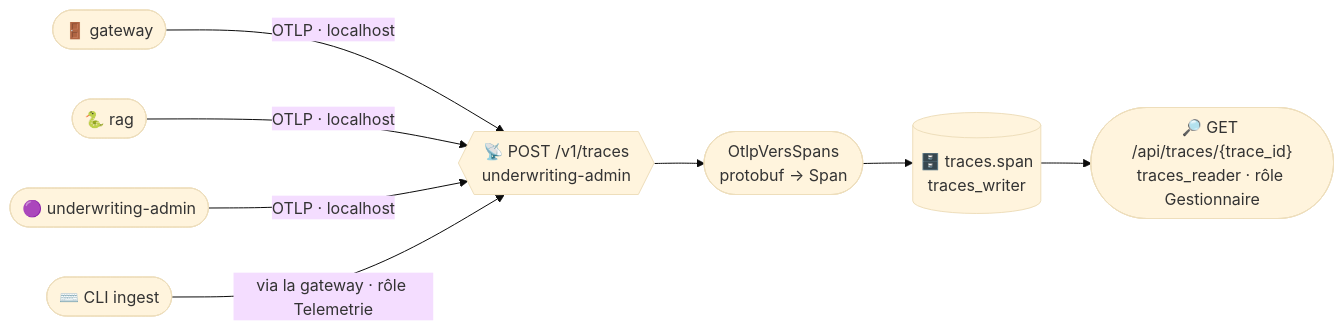
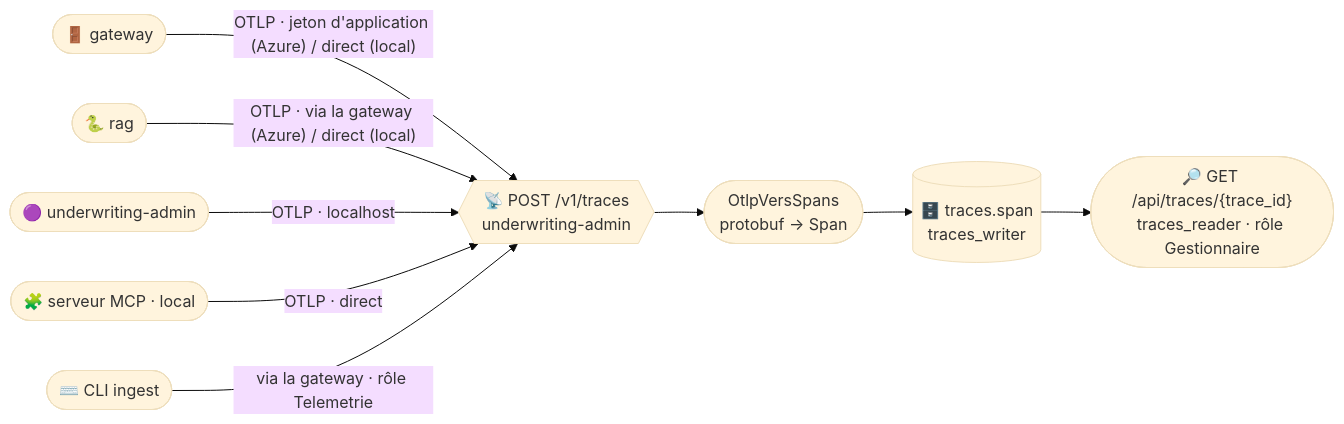
Before and after one commit to acerolaz/agentinsurflow: the diagram in docs/donnees/traces.md, drawn with Mermaid (base theme). The commit also changed other lines of this file and 148 other files, not shown here.

First line of the commit message:
feat(mcp): serveur MCP via la gateway (T1 → T8 de #15) (#66)

````diff
--- a/docs/donnees/traces.md
+++ b/docs/donnees/traces.md
@@ -19,9 +19,10 @@
 ```mermaid
 flowchart LR
-    GW(["🚪 gateway"]) -- "OTLP · localhost" --> RX{{"📡 POST /v1/traces<br/>underwriting-admin"}}
-    RAG(["🐍 rag"]) -- "OTLP · localhost" --> RX
+    GW(["🚪 gateway"]) -- "OTLP · jeton d'application (Azure) / direct (local)" --> RX{{"📡 POST /v1/traces<br/>underwriting-admin"}}
+    RAG(["🐍 rag"]) -- "OTLP · via la gateway (Azure) / direct (local)" --> RX
     UA(["🟣 underwriting-admin"]) -- "OTLP · localhost" --> RX
+    MCP(["🧩 serveur MCP · local"]) -- "OTLP · direct" --> RX
     CLI(["⌨️ CLI ingest"]) -- "via la gateway · rôle Telemetrie" --> RX
     RX --> CONV(["OtlpVersSpans<br/>protobuf → Span"]) --> TR[("🗄️ traces.span<br/>traces_writer")]
     TR --> Q(["🔎 GET /api/traces/{trace_id}<br/>traces_reader · rôle Gestionnaire"])
 ```
````
